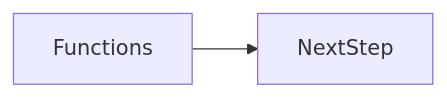
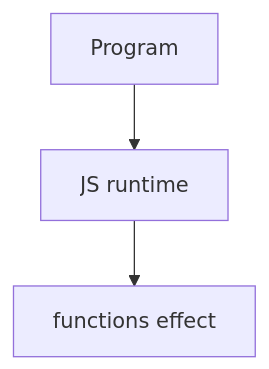
The second of 2 diagrams in docs/en/06-javascript/functions/index.md (OmidJavaherii/Frontend-Engineering-Handbook), drawn with Mermaid before and after one commit. The commit also changed other lines of this file and 461 other files, not shown here.

````diff
--- a/docs/en/06-javascript/functions/index.md
+++ b/docs/en/06-javascript/functions/index.md
@@ -94,4 +106,5 @@
 ```mermaid
-flowchart LR
-  concept[Functions] --> nextStep[NextStep]
+flowchart TD
+  Code[Program] --> Runtime[JS runtime]
+  Runtime --> Effect[functions effect]
 ```
````
